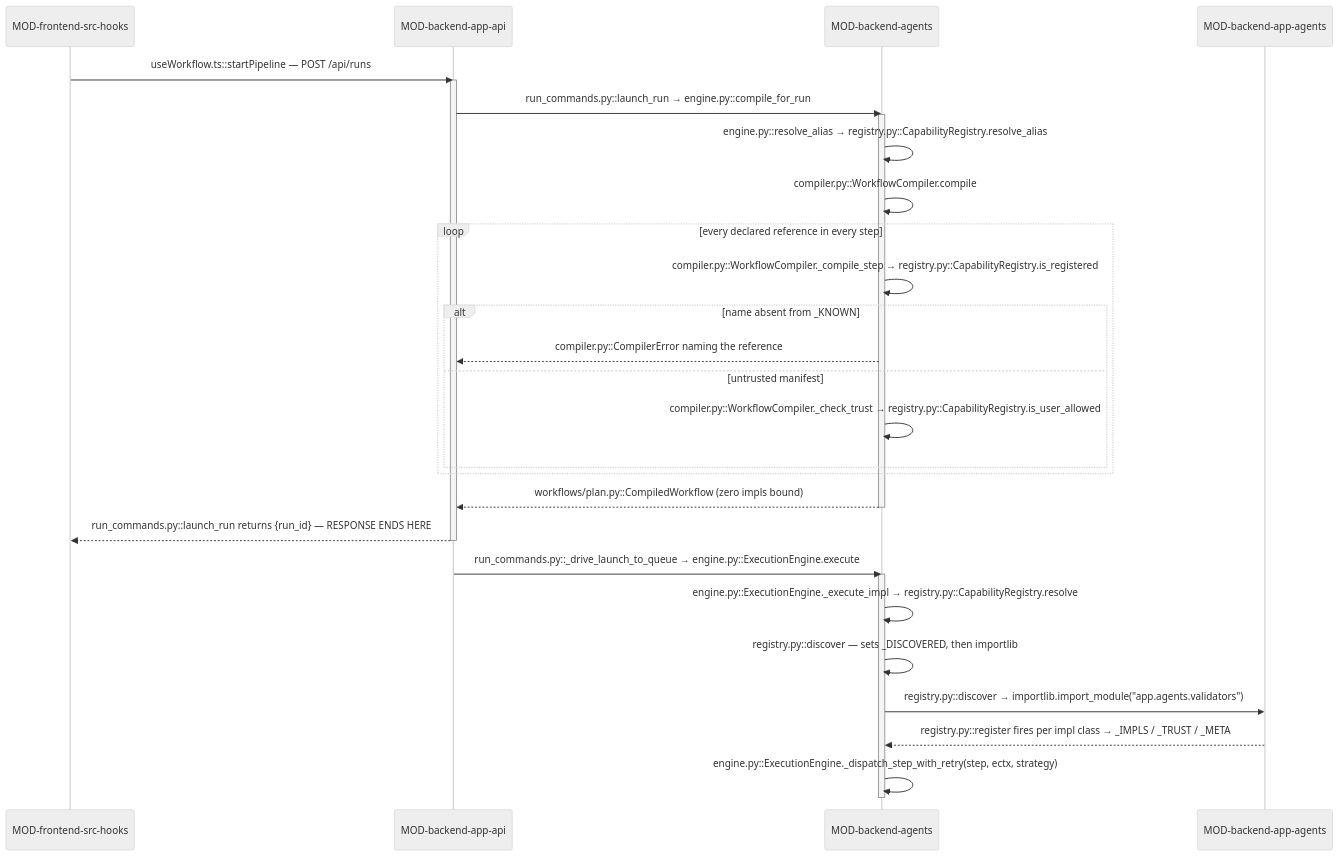
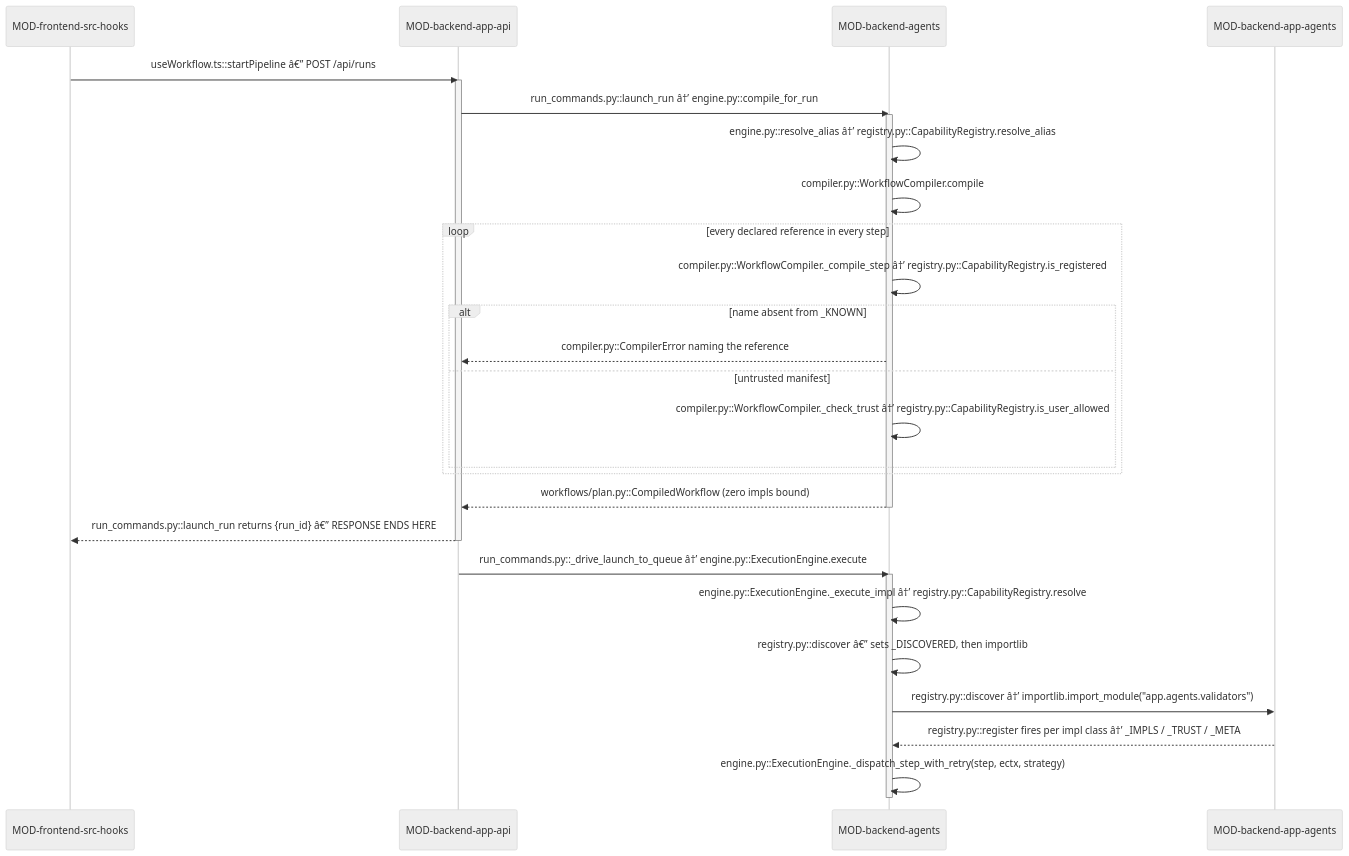
Before and after one commit to prateek-sinha7/IdeaFlowAI: the second of 2 diagrams in .knowledge/architecture/DOMAIN-capability-registry.md, drawn with Mermaid (neutral theme). The commit also changed other lines of this file and 791 other files, not shown here.

````diff
--- a/.knowledge/architecture/DOMAIN-capability-registry.md
+++ b/.knowledge/architecture/DOMAIN-capability-registry.md
@@ -198,35 +198,35 @@
 ```mermaid
 sequenceDiagram
     participant MOD-frontend-src-hooks
     participant MOD-backend-app-api
     participant MOD-backend-agents
     participant MOD-backend-app-agents
 
-    MOD-frontend-src-hooks->>MOD-backend-app-api: useWorkflow.ts::startPipeline — POST /api/runs
+    MOD-frontend-src-hooks->>MOD-backend-app-api: useWorkflow.ts::startPipeline â€” POST /api/runs
     activate MOD-backend-app-api
-    MOD-backend-app-api->>MOD-backend-agents: run_commands.py::launch_run → engine.py::compile_for_run
+    MOD-backend-app-api->>MOD-backend-agents: run_commands.py::launch_run â†’ engine.py::compile_for_run
     activate MOD-backend-agents
-    MOD-backend-agents->>MOD-backend-agents: engine.py::resolve_alias → registry.py::CapabilityRegistry.resolve_alias
+    MOD-backend-agents->>MOD-backend-agents: engine.py::resolve_alias â†’ registry.py::CapabilityRegistry.resolve_alias
     MOD-backend-agents->>MOD-backend-agents: compiler.py::WorkflowCompiler.compile
     loop every declared reference in every step
-        MOD-backend-agents->>MOD-backend-agents: compiler.py::WorkflowCompiler._compile_step → registry.py::CapabilityRegistry.is_registered
+        MOD-backend-agents->>MOD-backend-agents: compiler.py::WorkflowCompiler._compile_step â†’ registry.py::CapabilityRegistry.is_registered
         alt name absent from _KNOWN
             MOD-backend-agents-->>MOD-backend-app-api: compiler.py::CompilerError naming the reference
         else untrusted manifest
-            MOD-backend-agents->>MOD-backend-agents: compiler.py::WorkflowCompiler._check_trust → registry.py::CapabilityRegistry.is_user_allowed
+            MOD-backend-agents->>MOD-backend-agents: compiler.py::WorkflowCompiler._check_trust â†’ registry.py::CapabilityRegistry.is_user_allowed
         end
     end
     MOD-backend-agents-->>MOD-backend-app-api: workflows/plan.py::CompiledWorkflow (zero impls bound)
     deactivate MOD-backend-agents
-    MOD-backend-app-api-->>MOD-frontend-src-hooks: run_commands.py::launch_run returns {run_id} — RESPONSE ENDS HERE
+    MOD-backend-app-api-->>MOD-frontend-src-hooks: run_commands.py::launch_run returns {run_id} â€” RESPONSE ENDS HERE
     deactivate MOD-backend-app-api
 
-    MOD-backend-app-api->>MOD-backend-agents: run_commands.py::_drive_launch_to_queue → engine.py::ExecutionEngine.execute
+    MOD-backend-app-api->>MOD-backend-agents: run_commands.py::_drive_launch_to_queue â†’ engine.py::ExecutionEngine.execute
     activate MOD-backend-agents
-    MOD-backend-agents->>MOD-backend-agents: engine.py::ExecutionEngine._execute_impl → registry.py::CapabilityRegistry.resolve
-    MOD-backend-agents->>MOD-backend-agents: registry.py::discover — sets _DISCOVERED, then importlib
-    MOD-backend-agents->>MOD-backend-app-agents: registry.py::discover → importlib.import_module("app.agents.validators")
-    MOD-backend-app-agents-->>MOD-backend-agents: registry.py::register fires per impl class → _IMPLS / _TRUST / _META
+    MOD-backend-agents->>MOD-backend-agents: engine.py::ExecutionEngine._execute_impl â†’ registry.py::CapabilityRegistry.resolve
+    MOD-backend-agents->>MOD-backend-agents: registry.py::discover â€” sets _DISCOVERED, then importlib
+    MOD-backend-agents->>MOD-backend-app-agents: registry.py::discover â†’ importlib.import_module("app.agents.validators")
+    MOD-backend-app-agents-->>MOD-backend-agents: registry.py::register fires per impl class â†’ _IMPLS / _TRUST / _META
     MOD-backend-agents->>MOD-backend-agents: engine.py::ExecutionEngine._dispatch_step_with_retry(step, ectx, strategy)
     deactivate MOD-backend-agents
 ```
````
